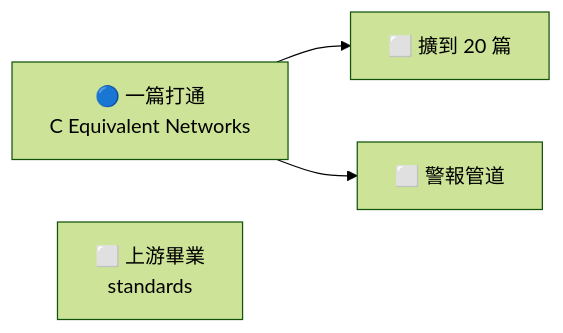
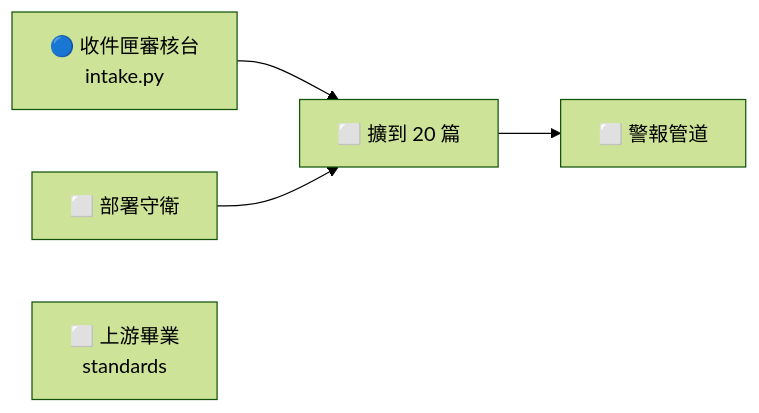
One commit to neknufelet/lightrag changed the diagram in docs/NEXT.md. Above: the diagram before and after it, drawn with Mermaid (forest theme). The commit also changed other lines of this file and 4 other files, not shown here.

````diff
--- a/docs/NEXT.md
+++ b/docs/NEXT.md
@@ -33,6 +34,7 @@
 ```mermaid
 flowchart LR
-  P["🔵 一篇打通<br/>C Equivalent Networks"] --> S["⬜ 擴到 20 篇"]
-  P --> A["⬜ 警報管道"]
+  I["🔵 收件匣審核台<br/>intake.py"] --> S["⬜ 擴到 20 篇"]
+  D["⬜ 部署守衛"] --> S
+  S --> A["⬜ 警報管道"]
   U["⬜ 上游畢業<br/>standards"]
 ```
````
